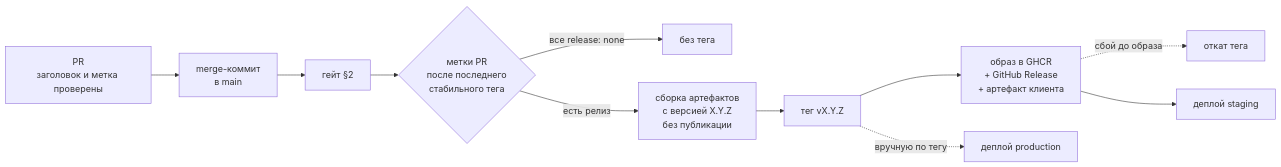
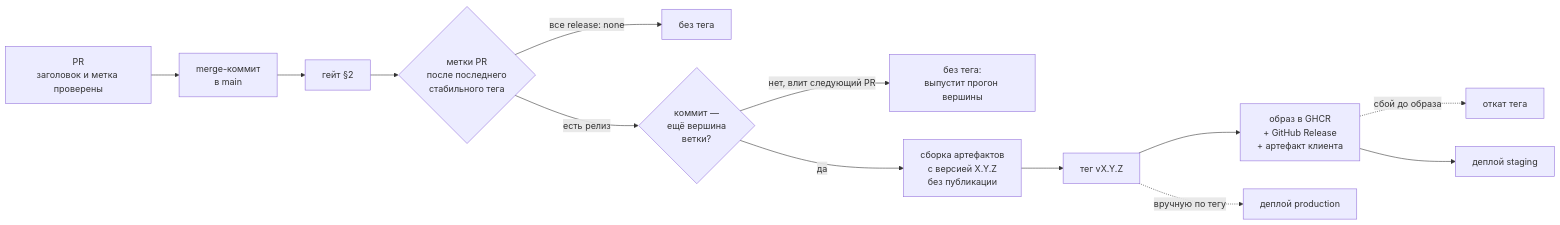
One commit to JJSGxKD/rubezh changed the diagram in docs/09-ci-cd.md. Above: the diagram before and after it, drawn with Mermaid. The commit also changed other lines of this file and 4 other files, not shown here.

````diff
--- a/docs/09-ci-cd.md
+++ b/docs/09-ci-cd.md
@@ -339,13 +339,15 @@
 ```mermaid
 flowchart LR
     PR["PR<br/>заголовок и метка проверены"] --> SQ["merge-коммит<br/>в main"]
     SQ --> GATE["гейт §2"]
     GATE --> VER{"метки PR<br/>после последнего<br/>стабильного тега"}
     VER -- "все release: none" --> STOP["без тега"]
-    VER -- "есть релиз" --> BUILD["сборка артефактов<br/>с версией X.Y.Z<br/>без публикации"]
+    VER -- "есть релиз" --> TIP{"коммит —<br/>ещё вершина<br/>ветки?"}
+    TIP -- "нет, влит следующий PR" --> NEXT["без тега:<br/>выпустит прогон вершины"]
+    TIP -- "да" --> BUILD["сборка артефактов<br/>с версией X.Y.Z<br/>без публикации"]
     BUILD --> TAG["тег vX.Y.Z"]
     TAG --> PUB["образ в GHCR<br/>+ GitHub Release<br/>+ артефакт клиента"]
     PUB -. "сбой до образа" .-> RB["откат тега"]
     PUB --> STG["деплой staging"]
     TAG -.вручную по тегу.-> PROD["деплой production"]
 ```
````
